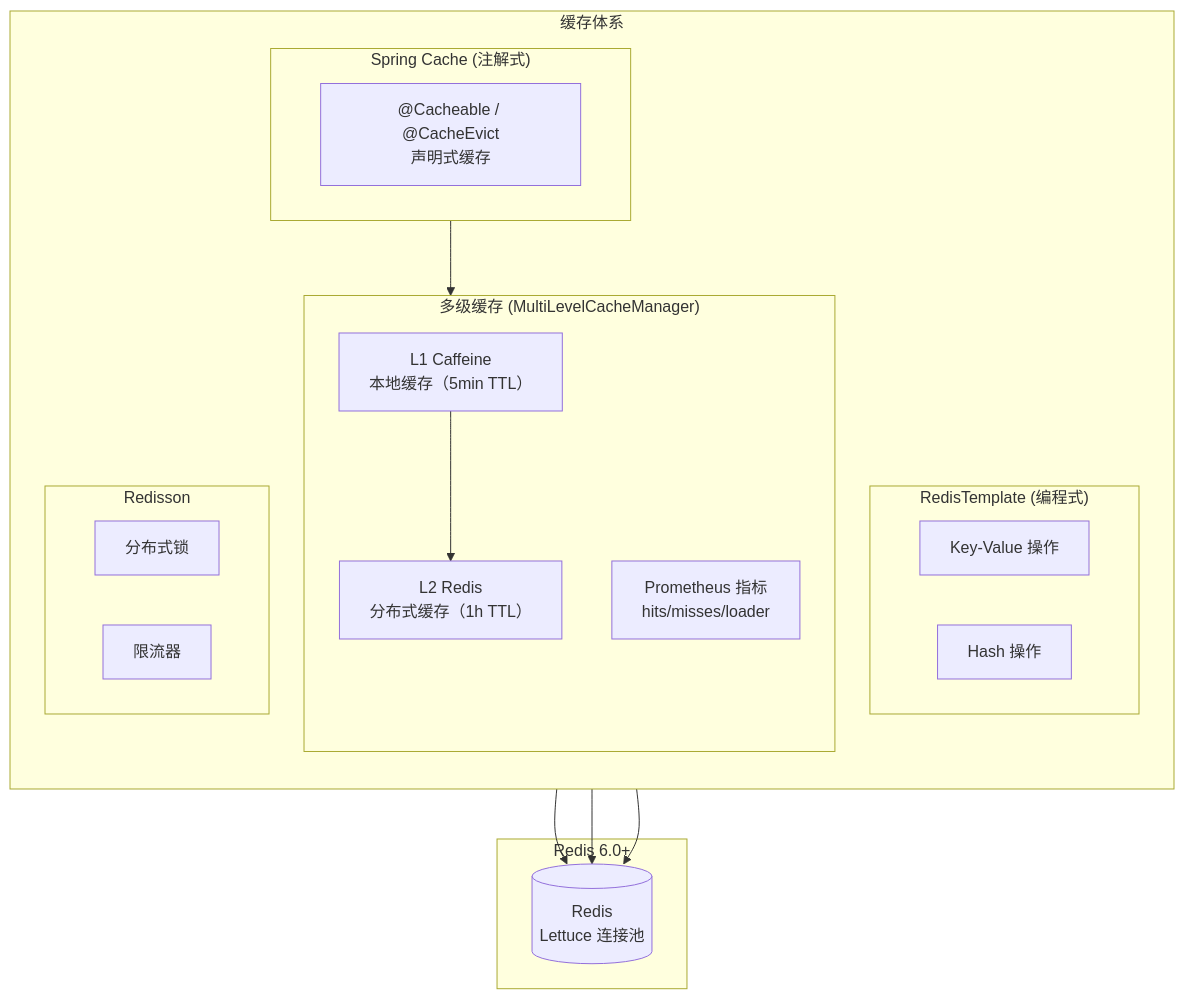
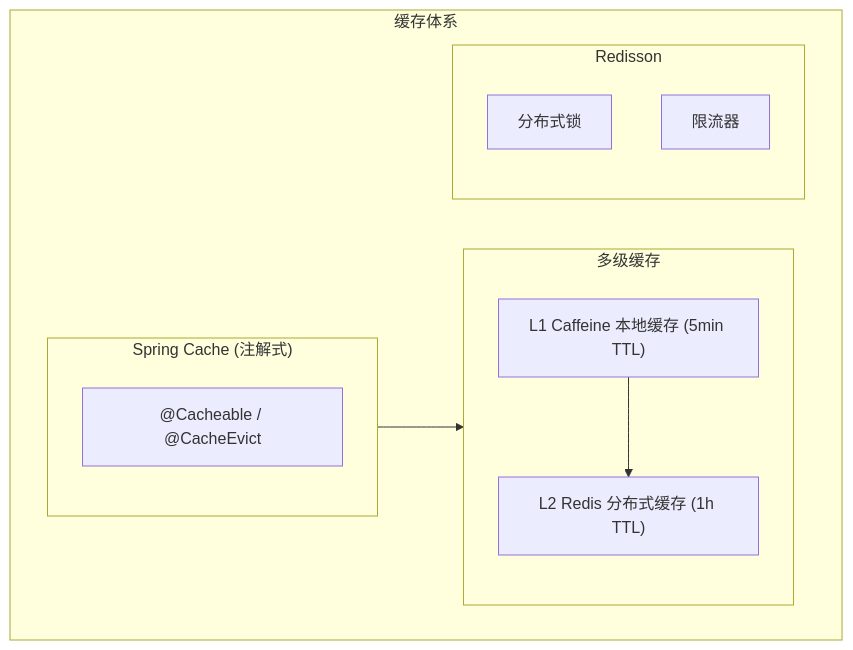
One commit to earthy-zinc/dehaze-system changed the fourth of 8 diagrams in dehaze-doc/docs/04-项目实现/后端/01-Java架构文档.md. Above: the diagram before and after it, drawn with Mermaid. The commit also changed other lines of this file and 755 other files, not shown here.

````diff
--- a/dehaze-doc/docs/04-项目实现/后端/01-Java架构文档.md
+++ b/dehaze-doc/docs/04-项目实现/后端/01-Java架构文档.md
@@ -438,36 +325,21 @@
 ```mermaid
 flowchart TB
     subgraph CacheArch["缓存体系"]
-        direction TB
-
         subgraph SpringCache["Spring Cache (注解式)"]
-            Annotation["@Cacheable / @CacheEvict<br/>声明式缓存"]
+            Annotation["@Cacheable / @CacheEvict"]
         end
 
-        subgraph MultiLevel["多级缓存 (MultiLevelCacheManager)"]
-            L1["L1 Caffeine<br/>本地缓存（5min TTL）"]
-            L2["L2 Redis<br/>分布式缓存（1h TTL）"]
-            Metrics["Prometheus 指标<br/>hits/misses/loader"]
-        end
-
-        subgraph RedisTemplate["RedisTemplate (编程式)"]
-            KV["Key-Value 操作"]
-            Hash["Hash 操作"]
+        subgraph MultiLevel["多级缓存"]
+            L1["L1 Caffeine 本地缓存 (5min TTL)"]
+            L2["L2 Redis 分布式缓存 (1h TTL)"]
         end
 
         subgraph Redisson["Redisson"]
             Lock["分布式锁"]
             RateLimit["限流器"]
         end
     end
 
-    subgraph Backend["Redis 6.0+"]
-        Redis[("Redis<br/>Lettuce 连接池")]
-    end
-
     SpringCache --> MultiLevel
     L1 --> L2
-    L2 --> Redis
-    RedisTemplate --> Redis
-    Redisson --> Redis
 ```
````
